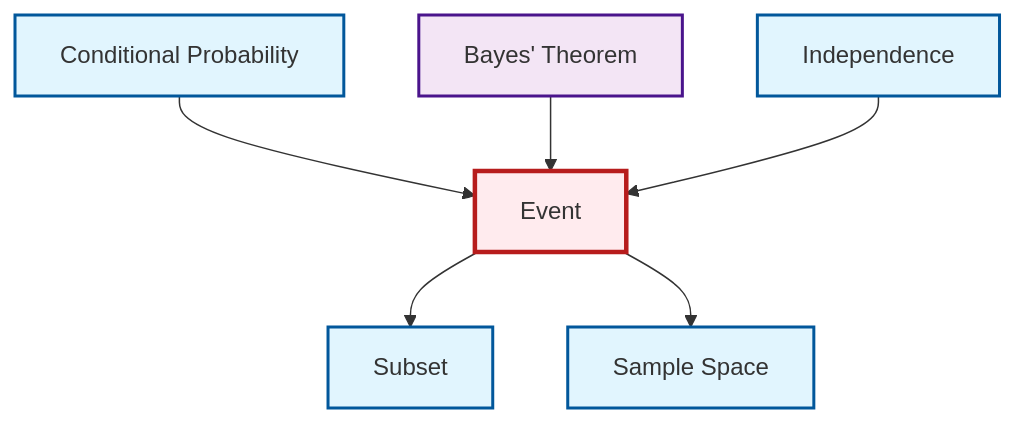
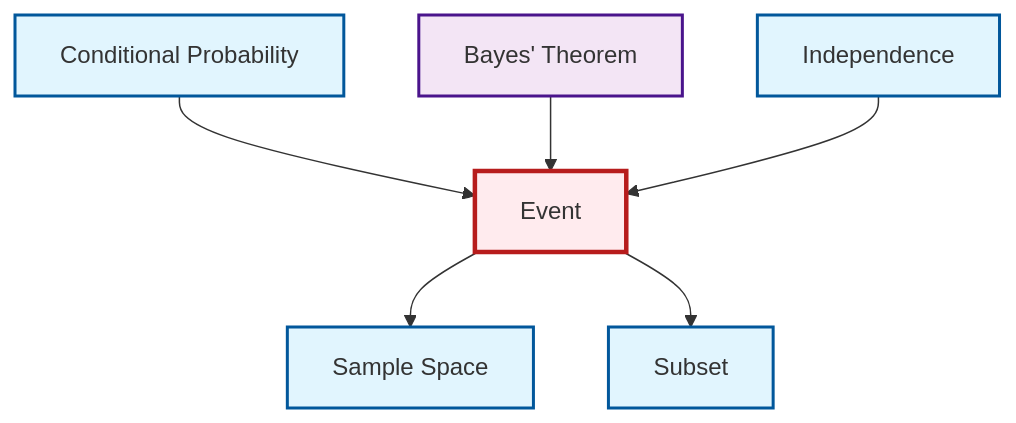
One commit to RK0429/ModernMath changed the diagram in output/mermaid/en/def-event.mermaid. Above: the diagram before and after it, drawn with Mermaid. The commit also changed other lines of this file and 1779 other files, not shown here.

```diff
--- a/output/mermaid/en/def-event.mermaid
+++ b/output/mermaid/en/def-event.mermaid
@@ -1,18 +1,18 @@
 graph TD
     classDef definition fill:#e1f5fe,stroke:#01579b,stroke-width:2px
     classDef theorem fill:#f3e5f5,stroke:#4a148c,stroke-width:2px
     classDef axiom fill:#fff3e0,stroke:#e65100,stroke-width:2px
     classDef example fill:#e8f5e9,stroke:#1b5e20,stroke-width:2px
     classDef current fill:#ffebee,stroke:#b71c1c,stroke-width:3px
+    def-sample-space["Sample Space"]:::definition
+    thm-bayes["Bayes' Theorem"]:::theorem
+    def-event["Event"]:::definition
     def-independence["Independence"]:::definition
-    def-event["Event"]:::definition
-    thm-bayes["Bayes' Theorem"]:::theorem
-    def-sample-space["Sample Space"]:::definition
+    def-conditional-probability["Conditional Probability"]:::definition
     def-subset["Subset"]:::definition
-    def-conditional-probability["Conditional Probability"]:::definition
     def-conditional-probability --> def-event
+    def-event --> def-sample-space
+    thm-bayes --> def-event
+    def-independence --> def-event
     def-event --> def-subset
-    thm-bayes --> def-event
-    def-event --> def-sample-space
-    def-independence --> def-event
     class def-event current
```
